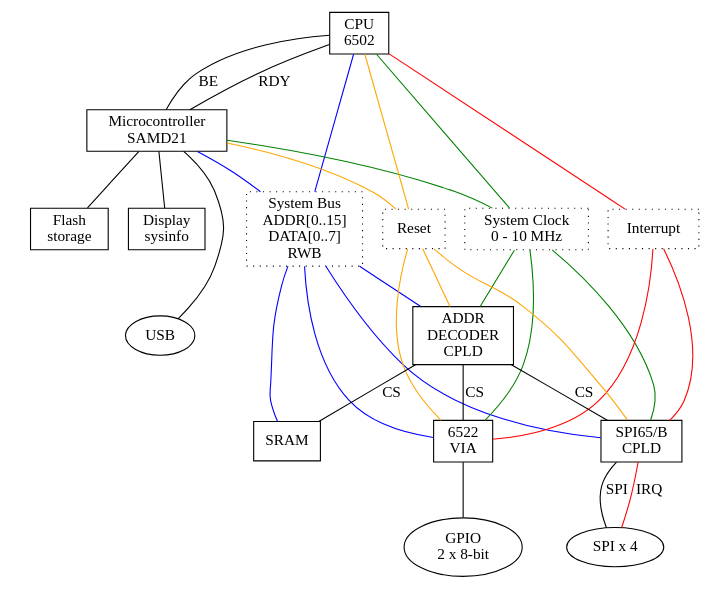
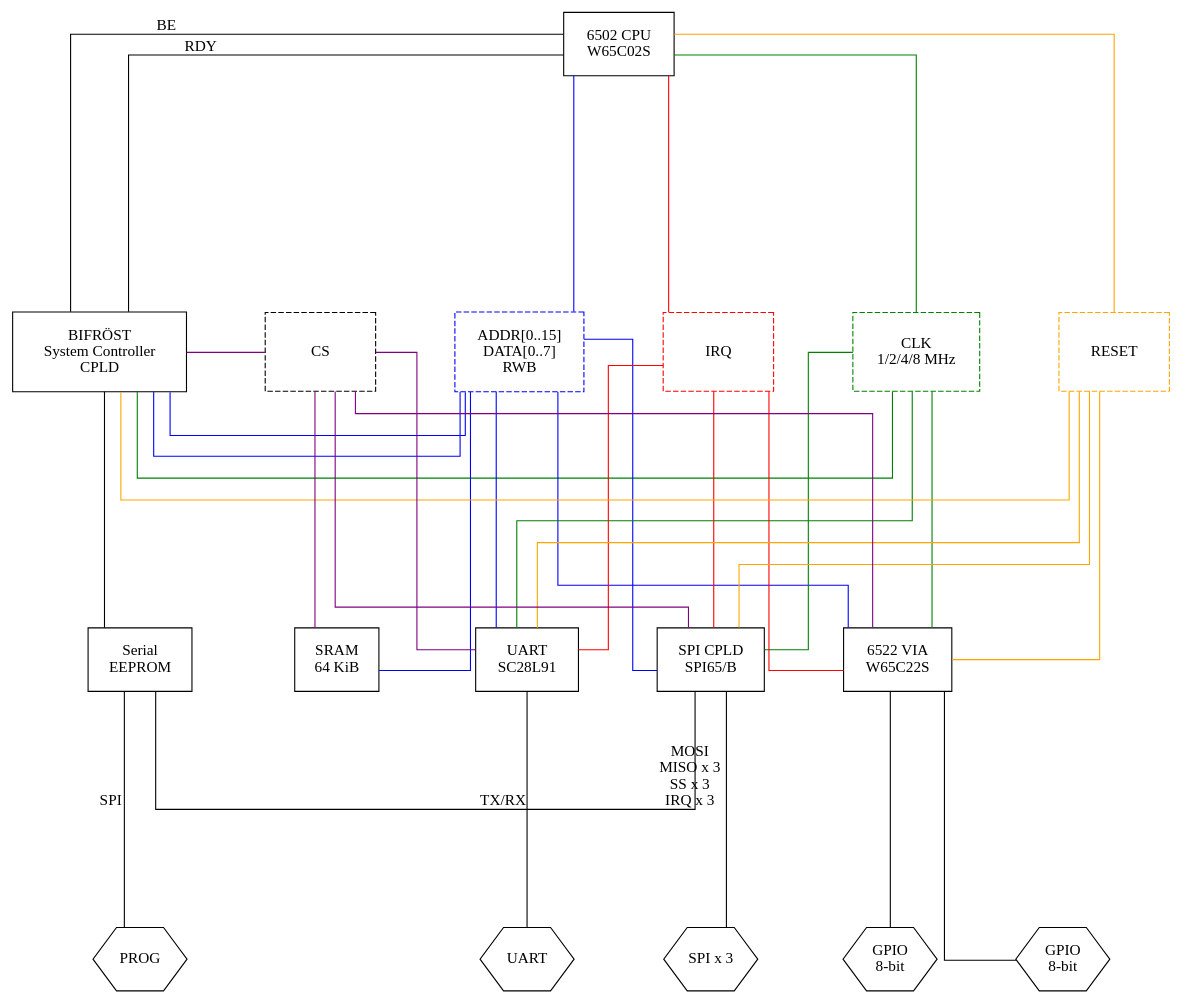
The diagram in docs/block.dot (pda/pda6502v2), drawn with Graphviz before and after one commit. The commit also changed 1 other file, not shown here.

Commit message:
block diagram graphviz updated; CPLD system controller

```diff
--- a/docs/block.dot
+++ b/docs/block.dot
@@ -1,95 +1,104 @@
 graph block {
-  node [shape = box];
+  node [shape = box, margin = 0.2]
+  ranksep = 3.0
+  nodesep = 1.0
+  splines = ortho
 
-  6502 [label = "CPU\n6502"];
+  6502 [label = "6502 CPU\nW65C02S"]
 
-  // microcontroller
+  SYSCON [label = "BIFRÖST\nSystem Controller\nCPLD"]
+
+
+  // bus groups
   subgraph cluster_a {
-    style = invisible;
-    SAMD21 [label = "Microcontroller\nSAMD21"];
-    FLASH [label = "Flash\nstorage"];
-    DISPLAY [label = "Display\nsysinfo"];
-    USB [shape = oval];
-    SAMD21 -- FLASH;
-    SAMD21 -- DISPLAY;
-    FLASH -- USB [style = invisible]; // push USB down
+    style = invisible
+    rank = same
+    node [style = dashed, width=1.4, height=1.0]
+    BUS [label = "ADDR[0..15]\nDATA[0..7]\nRWB", color = "blue"]
+    CLK [label = "CLK\n1/2/4/8 MHz", color = "green"]
+    IRQ [label = "IRQ", color = "red"]
+    RESET [label = "RESET", color = "orange"]
+    CS [label = "CS"]
   }
 
-	// bus groups
+  // system bus devices
   {
-    rank = same;
-    node [style = dotted];
-    BUS [label = "System Bus\nADDR[0..15]\nDATA[0..7]\nRWB"];
-    CLK [label = "System Clock\n0 - 10 MHz"];
-    IRQ [label = "Interrupt"];
-    RESET [label = "Reset"];
-  }
-
-  ADEC [label = "ADDR\nDECODER\nCPLD"];
-
-	// system bus devices
-  {
-    rank = same;
-    SRAM;
-		VIA [label = "6522\nVIA"];
-		SPI [label = "SPI65/B\nCPLD"];
+    rank = same
+    SRAM [label = "SRAM\n64 KiB"]
+    VIA [label = "6522 VIA\nW65C22S"]
+    UART [label = "UART\nSC28L91"]
+    SPI [label = "SPI CPLD\nSPI65/B"]
+    FLASH [label = "Serial\nEEPROM"]
   }
 
   // IO ports
   {
-    rank = same;
-    node [shape = oval];
-    GPIO [label = "GPIO\n2 x 8-bit"];
-    SPI_PORT [label = "SPI x 4"];
+    rank = same
+    node [shape = hexagon, width=1.2, height=0.8, margin=0]
+    GPIO1 [label = "GPIO\n8-bit"]
+    GPIO2 [label = "GPIO\n8-bit"]
+    SPI_PORT [label = "SPI x 3"]
+    UART_PORT [label = "UART"]
+    PROG [label = "PROG"]
   }
 
-  ADEC -- SRAM [label = CS];
-  ADEC -- VIA [label = CS];
-  ADEC -- SPI [label = CS];
+  SYSCON -- FLASH
+  FLASH -- SPI
+  FLASH -- PROG [xlabel = "SPI"]
 
-  6502 -- SAMD21 [label = BE];
-  6502 -- SAMD21 [label = RDY];
+  6502 -- SYSCON [xlabel = BE]
+  6502 -- SYSCON [xlabel = RDY]
 
   {
-    VIA -- GPIO;
-    SPI -- SPI_PORT [label = "SPI";];
-    SPI_PORT -- SPI [label = "IRQ"; color = red;];
-    SAMD21 -- USB;
+    VIA -- GPIO1
+    VIA -- GPIO2
+    SPI -- SPI_PORT [xlabel = "MOSI\nMISO x 3\nSS x 3\nIRQ x 3"]
+    UART -- UART_PORT [xlabel = "TX/RX"]
   }
 
   {
-    edge [color = blue];
-    6502 -- BUS;
-    SAMD21 -- BUS;
-    BUS -- ADEC;
-    BUS -- SPI;
-    BUS -- SRAM;
-    BUS -- VIA;
+    edge [color = blue]
+    6502 -- BUS
+    SYSCON -- BUS
+    BUS -- SYSCON
+    BUS -- SPI
+    BUS -- SRAM
+    BUS -- VIA
+    BUS -- UART
   }
 
   {
-    edge [color = green];
-    SAMD21 -- CLK;
-    CLK -- 6502;
-    CLK -- VIA;
-    CLK -- SPI;
-    CLK -- ADEC;
+    edge [color = green]
+    SYSCON -- CLK
+    CLK -- 6502
+    CLK -- VIA
+    CLK -- UART
+    CLK -- SPI
   }
 
   {
-    edge [color = orange];
-    SAMD21 -- RESET;
-    RESET -- 6502;
-    RESET -- SPI;
-    RESET -- VIA;
-    RESET -- ADEC;
+    edge [color = orange]
+    RESET -- SYSCON
+    RESET -- 6502
+    RESET -- SPI
+    RESET -- VIA
+    RESET -- UART
   }
 
   {
-    edge [color = red];
-    6502 -- IRQ;
-    IRQ -- VIA;
-    IRQ -- SPI;
+    edge [color = red]
+    6502 -- IRQ
+    IRQ -- VIA
+    IRQ -- UART
+    IRQ -- SPI
   }
 
+  {
+    edge [color = purple]
+    SYSCON -- CS
+    CS -- SRAM
+    CS -- VIA
+    CS -- UART
+    CS -- SPI
+  }
 }
```
